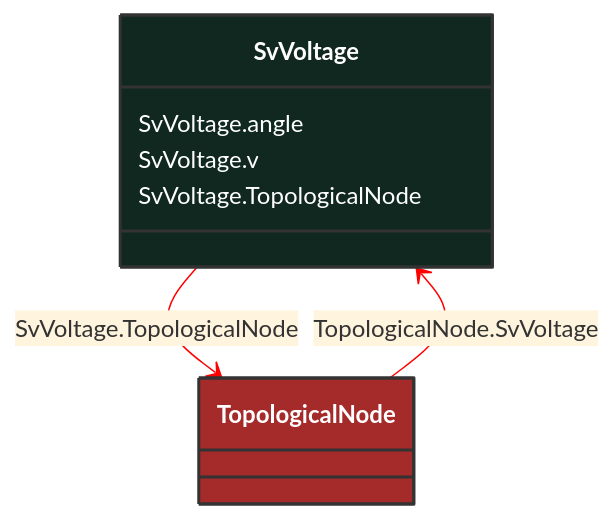
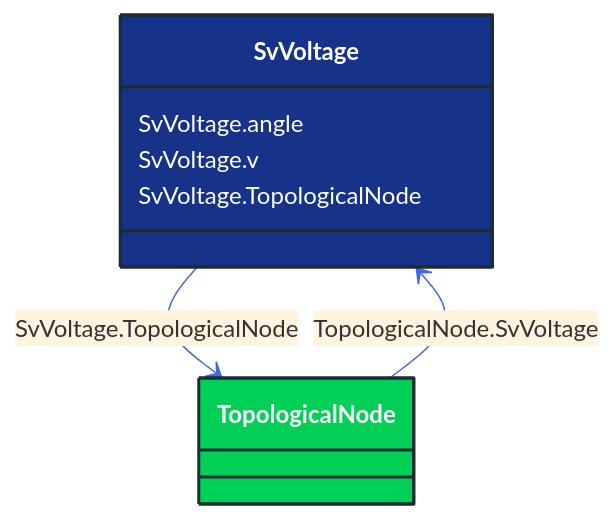
Before and after one commit to 3lbits/NoCIMExtensions: the diagram in docs/Models/Profiles/StateVariables/ConcreteClasses/SvVoltage.md, drawn with Mermaid. The commit also changed 362 other files, not shown here.

First line of the commit message:
Update diagrams and styles for improved visual consistency

````diff
--- a/docs/Models/Profiles/StateVariables/ConcreteClasses/SvVoltage.md
+++ b/docs/Models/Profiles/StateVariables/ConcreteClasses/SvVoltage.md
@@ -8,24 +8,24 @@
 ```mermaid
-%%{init: {'theme':'base','themeVariables': {'lineColor': '#FF0000'}}}%%
+%%{init: {'theme':'base','themeVariables': {'lineColor': '#4169E1'}}}%%
 classDiagram
     class SvVoltage
     click SvVoltage href "/Models/Profiles/StateVariables/ConcreteClasses/SvVoltage/"
-    style SvVoltage fill:#102820,stroke:#333,stroke-width:2px,rx:10,ry:10,color:white
+    style SvVoltage fill:#163289,stroke:#1F2A37,stroke-width:2px,rx:10,ry:10,color:white
 
         SvVoltage --> TopologicalNode : SvVoltage.TopologicalNode
 
         TopologicalNode
             click TopologicalNode href "/Models/Profiles/StateVariables/ConcreteClasses/TopologicalNode/"
-            style TopologicalNode fill:#A52A2A,stroke:#333,stroke-width:2px,rx:10,ry:10,color:white
+            style TopologicalNode fill:#00D156,stroke:#1F2A37,stroke-width:2px,rx:10,ry:10,color:white
 
         TopologicalNode --> SvVoltage : TopologicalNode.SvVoltage
 
         TopologicalNode
             click TopologicalNode href "/Models/Profiles/StateVariables/ConcreteClasses/TopologicalNode/"
-            style TopologicalNode fill:#A52A2A,stroke:#333,stroke-width:2px,rx:10,ry:10,color:white
+            style TopologicalNode fill:#00D156,stroke:#1F2A37,stroke-width:2px,rx:10,ry:10,color:white
 
 
         SvVoltage : SvVoltage.angle
         SvVoltage : SvVoltage.v
         SvVoltage : SvVoltage.TopologicalNode
 ```
````
